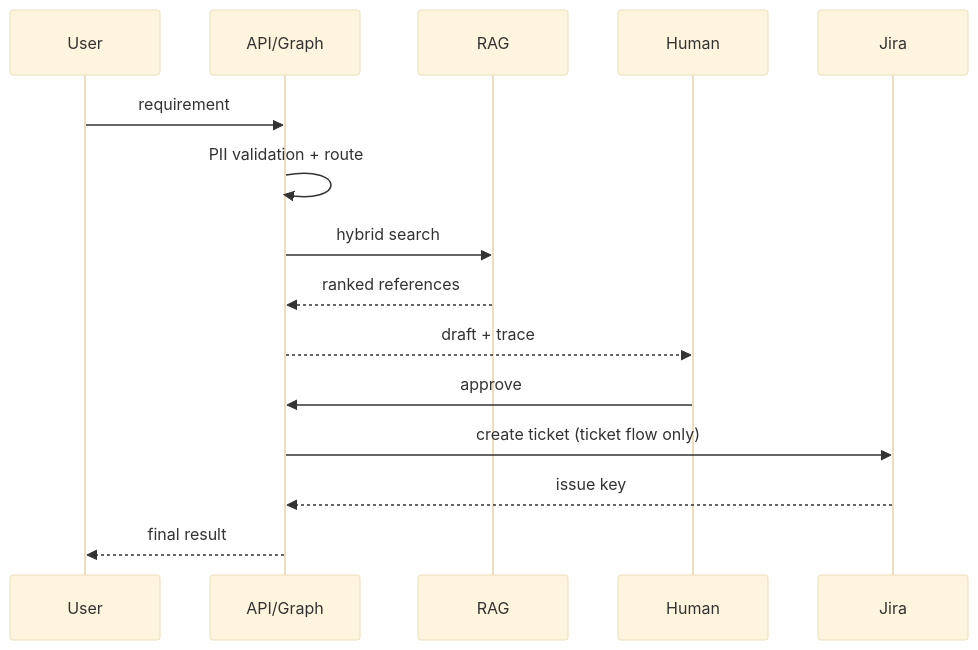
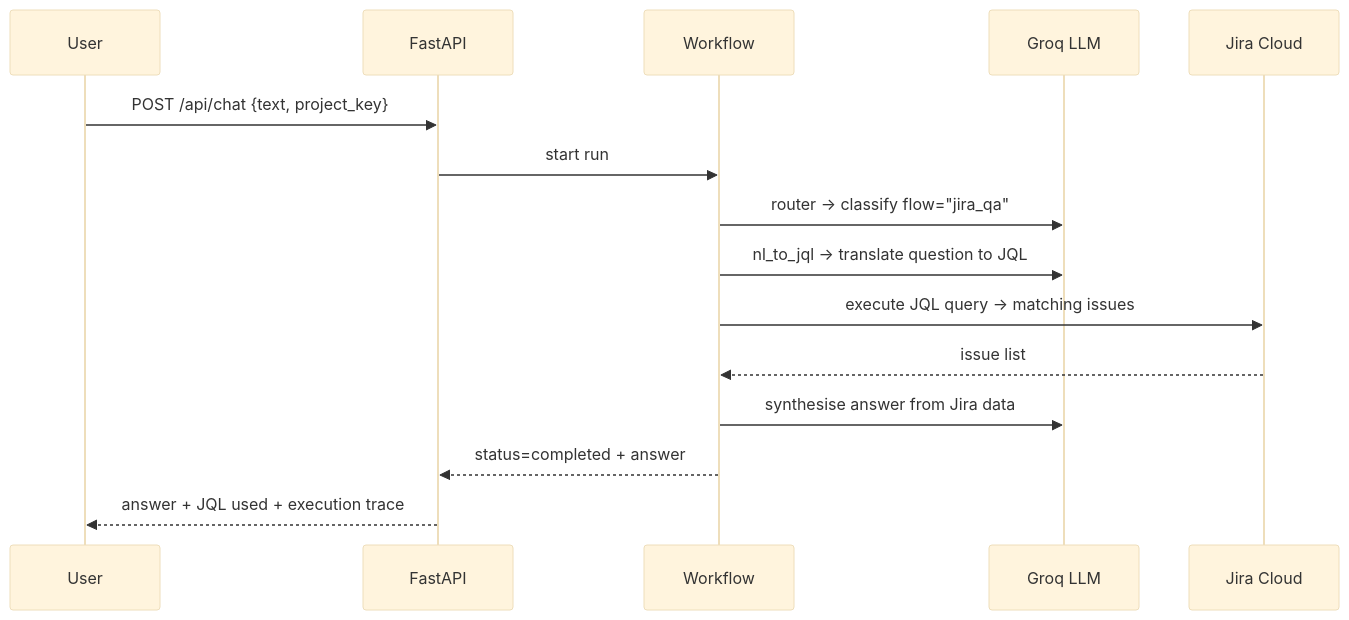
One commit to amit2440/jira-ai-agent changed the fourth of 4 diagrams in docs/SEQUENCE.md. Above: the diagram before and after it, drawn with Mermaid (base theme). The commit also changed other lines of this file and 25 other files, not shown here.

````diff
--- a/docs/SEQUENCE.md
+++ b/docs/SEQUENCE.md
@@ -3,17 +99,18 @@
 ```mermaid
 sequenceDiagram
-participant U as User
-participant A as API/Graph
-participant R as RAG
-participant H as Human
-participant J as Jira
-U->>A: requirement
-A->>A: PII validation + route
-A->>R: hybrid search
-R-->>A: ranked references
-A-->>H: draft + trace
-H->>A: approve
-A->>J: create ticket (ticket flow only)
-J-->>A: issue key
-A-->>U: final result
+    participant U as User
+    participant API as FastAPI
+    participant WF as Workflow
+    participant LLM as Groq LLM
+    participant J as Jira Cloud
+
+    U->>API: POST /api/chat {text, project_key}
+    API->>WF: start run
+    WF->>LLM: router → classify flow="jira_qa"
+    WF->>LLM: nl_to_jql → translate question to JQL
+    WF->>J: execute JQL query → matching issues
+    J-->>WF: issue list
+    WF->>LLM: synthesise answer from Jira data
+    WF-->>API: status=completed + answer
+    API-->>U: answer + JQL used + execution trace
 ```
````
